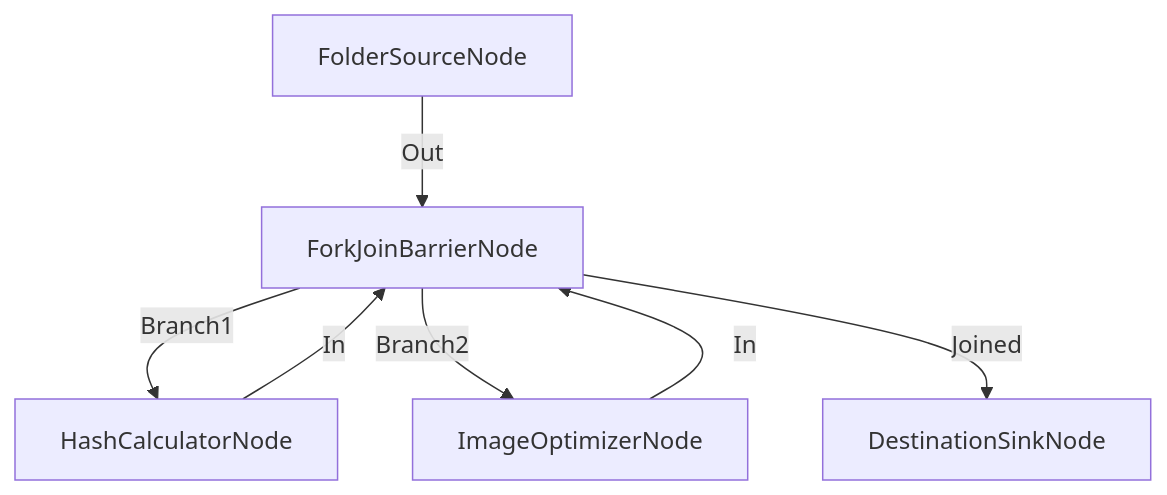
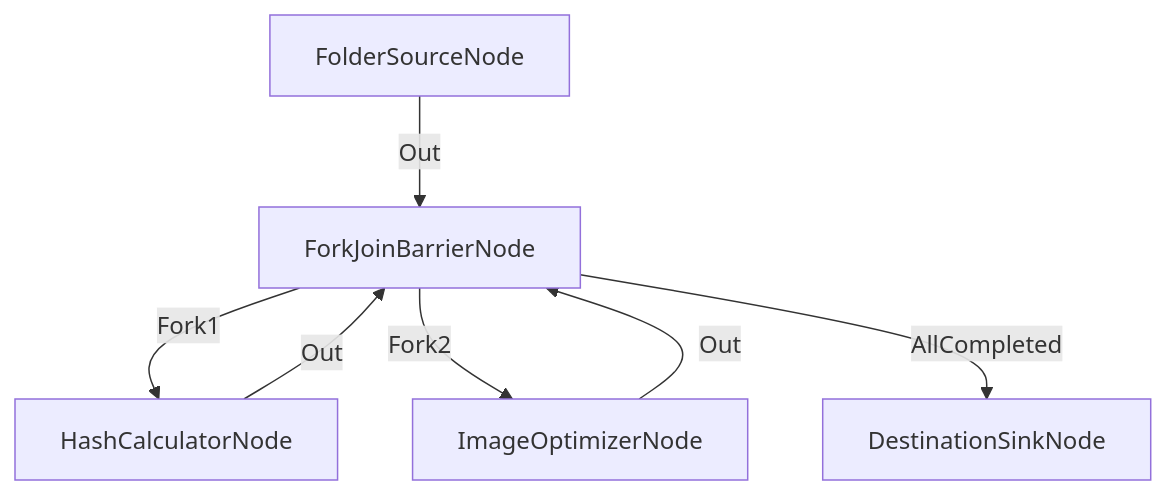
One commit to kaoticos53/ArchiveProceser changed the diagram in docs/examples/03_advanced/flow_22_paralelismo_fork_join.md. Above: the diagram before and after it, drawn with Mermaid. The commit also changed other lines of this file and 114 other files, not shown here.

````diff
--- a/docs/examples/03_advanced/flow_22_paralelismo_fork_join.md
+++ b/docs/examples/03_advanced/flow_22_paralelismo_fork_join.md
@@ -10,9 +10,9 @@
 ```mermaid
 graph TD
   A[FolderSourceNode] -->|Out| B[ForkJoinBarrierNode]
-  B -->|Branch1| C[HashCalculatorNode]
-  B -->|Branch2| D[ImageOptimizerNode]
-  C -->|In| B
-  D -->|In| B
-  B -->|Joined| E[DestinationSinkNode]
+  B -->|Fork1| C[HashCalculatorNode]
+  B -->|Fork2| D[ImageOptimizerNode]
+  C -->|Out| B
+  D -->|Out| B
+  B -->|AllCompleted| E[DestinationSinkNode]
 ```
````
